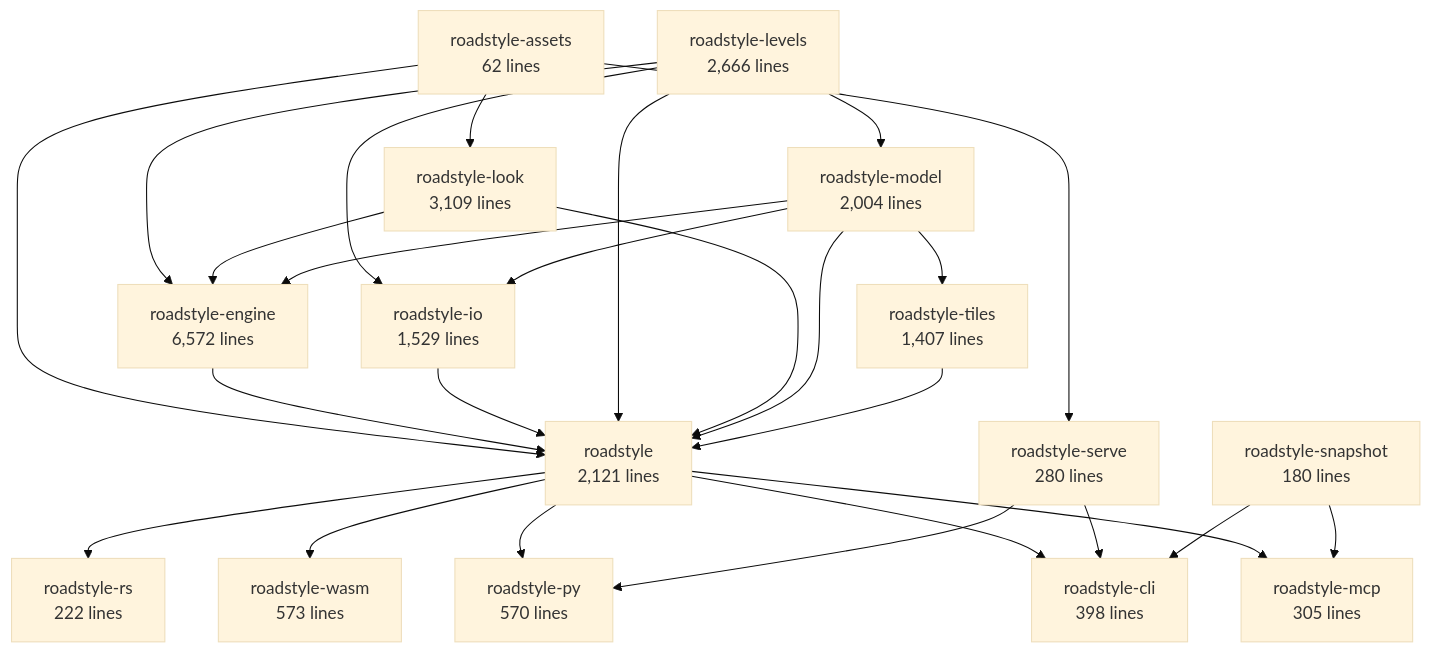
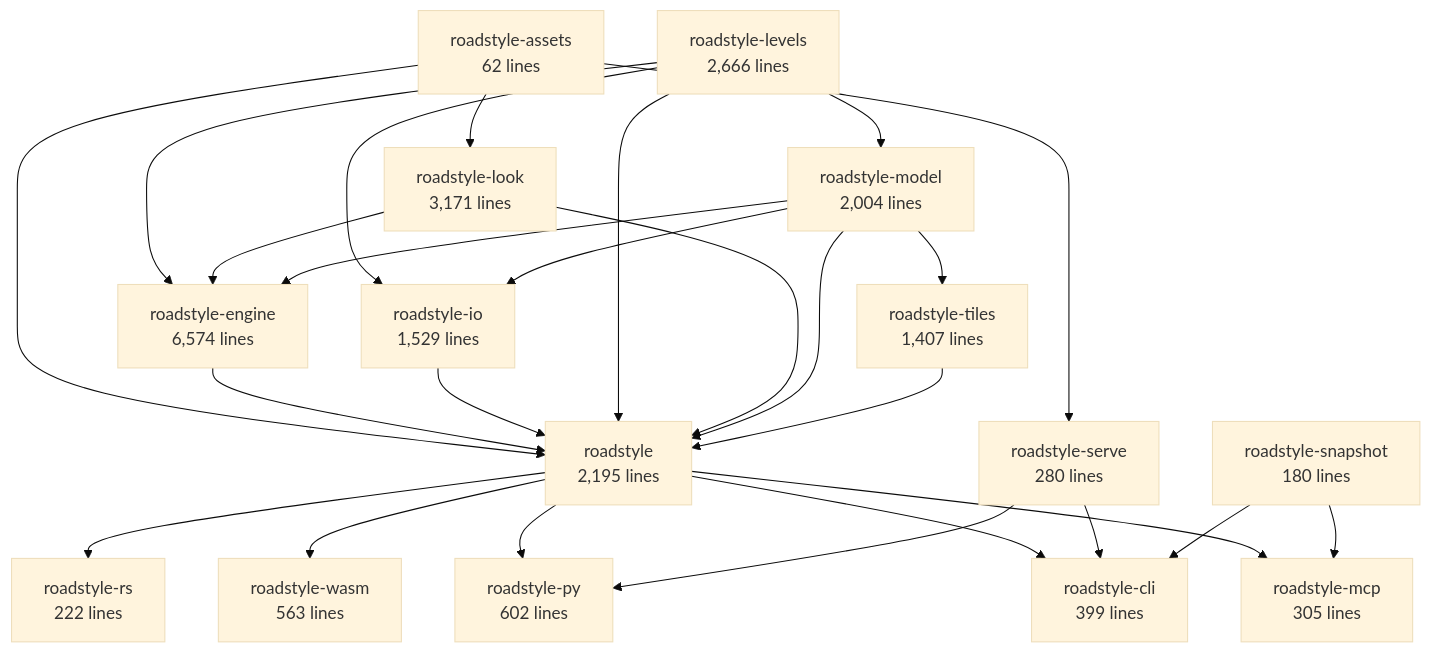
Before and after one commit to Khoshkhah/roadstyle: the second of 6 diagrams in docs/rust/architecture.md, drawn with Mermaid (base theme). The commit also changed other lines of this file and 11 other files, not shown here.

````diff
--- a/docs/rust/architecture.md
+++ b/docs/rust/architecture.md
@@ -70,43 +70,43 @@
 ```mermaid
 flowchart TB
     roadstyle_assets["roadstyle-assets<br/>62 lines"]
     roadstyle_model["roadstyle-model<br/>2,004 lines"]
-    roadstyle_look["roadstyle-look<br/>3,109 lines"]
+    roadstyle_look["roadstyle-look<br/>3,171 lines"]
     roadstyle_io["roadstyle-io<br/>1,529 lines"]
     roadstyle_levels["roadstyle-levels<br/>2,666 lines"]
-    roadstyle_engine["roadstyle-engine<br/>6,572 lines"]
+    roadstyle_engine["roadstyle-engine<br/>6,574 lines"]
     roadstyle_tiles["roadstyle-tiles<br/>1,407 lines"]
-    roadstyle["roadstyle<br/>2,121 lines"]
+    roadstyle["roadstyle<br/>2,195 lines"]
     roadstyle_rs["roadstyle-rs<br/>222 lines"]
-    roadstyle_wasm["roadstyle-wasm<br/>573 lines"]
-    roadstyle_py["roadstyle-py<br/>570 lines"]
-    roadstyle_cli["roadstyle-cli<br/>398 lines"]
+    roadstyle_wasm["roadstyle-wasm<br/>563 lines"]
+    roadstyle_py["roadstyle-py<br/>602 lines"]
+    roadstyle_cli["roadstyle-cli<br/>399 lines"]
     roadstyle_mcp["roadstyle-mcp<br/>305 lines"]
     roadstyle_serve["roadstyle-serve<br/>280 lines"]
     roadstyle_snapshot["roadstyle-snapshot<br/>180 lines"]
     roadstyle_levels --> roadstyle_model
     roadstyle_assets --> roadstyle_look
     roadstyle_levels --> roadstyle_io
     roadstyle_model --> roadstyle_io
     roadstyle_levels --> roadstyle_engine
     roadstyle_look --> roadstyle_engine
     roadstyle_model --> roadstyle_engine
     roadstyle_model --> roadstyle_tiles
     roadstyle_assets --> roadstyle
     roadstyle_engine --> roadstyle
     roadstyle_io --> roadstyle
     roadstyle_levels --> roadstyle
     roadstyle_look --> roadstyle
     roadstyle_model --> roadstyle
     roadstyle_tiles --> roadstyle
     roadstyle --> roadstyle_rs
     roadstyle --> roadstyle_wasm
     roadstyle --> roadstyle_py
     roadstyle_serve --> roadstyle_py
     roadstyle --> roadstyle_cli
     roadstyle_serve --> roadstyle_cli
     roadstyle_snapshot --> roadstyle_cli
     roadstyle --> roadstyle_mcp
     roadstyle_snapshot --> roadstyle_mcp
     roadstyle_assets --> roadstyle_serve
 ```
````
